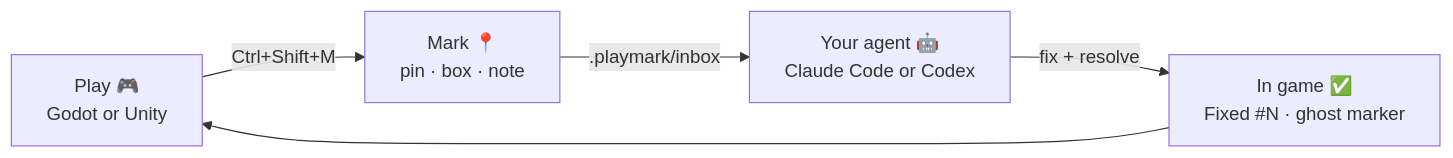
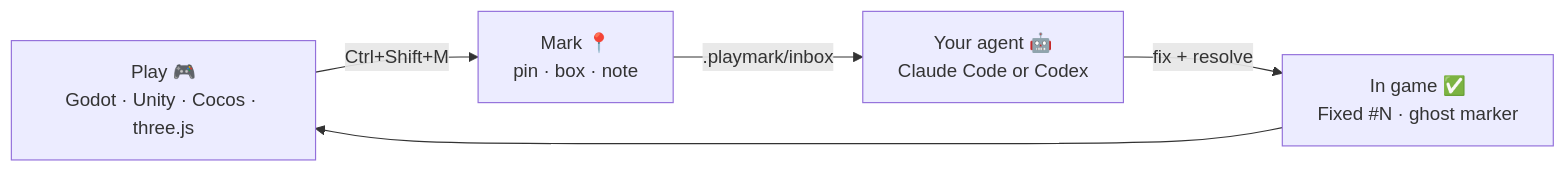
The first of 2 diagrams in README.md (barmoshe/playmark), drawn with Mermaid before and after one commit. The commit also changed other lines of this file and 6 other files, not shown here.

First line of the commit message:
docs: Cocos Creator and three.js everywhere the engines are named (README top, plugin and marketplace descriptions, site EN/HE); Unity git URL at v0.5.0

````diff
--- a/README.md
+++ b/README.md
@@ -44,7 +47,7 @@
 ```mermaid
 flowchart LR
-  A["Play 🎮<br/>Godot or Unity"] -->|"Ctrl+Shift+M"| B["Mark 📍<br/>pin · box · note"]
+  A["Play 🎮<br/>Godot · Unity · Cocos · three.js"] -->|"Ctrl+Shift+M"| B["Mark 📍<br/>pin · box · note"]
   B -->|".playmark/inbox"| C["Your agent 🤖<br/>Claude Code or Codex"]
   C -->|"fix + resolve"| D["In game ✅<br/>Fixed #N · ghost marker"]
   D --> A
 ```
````
